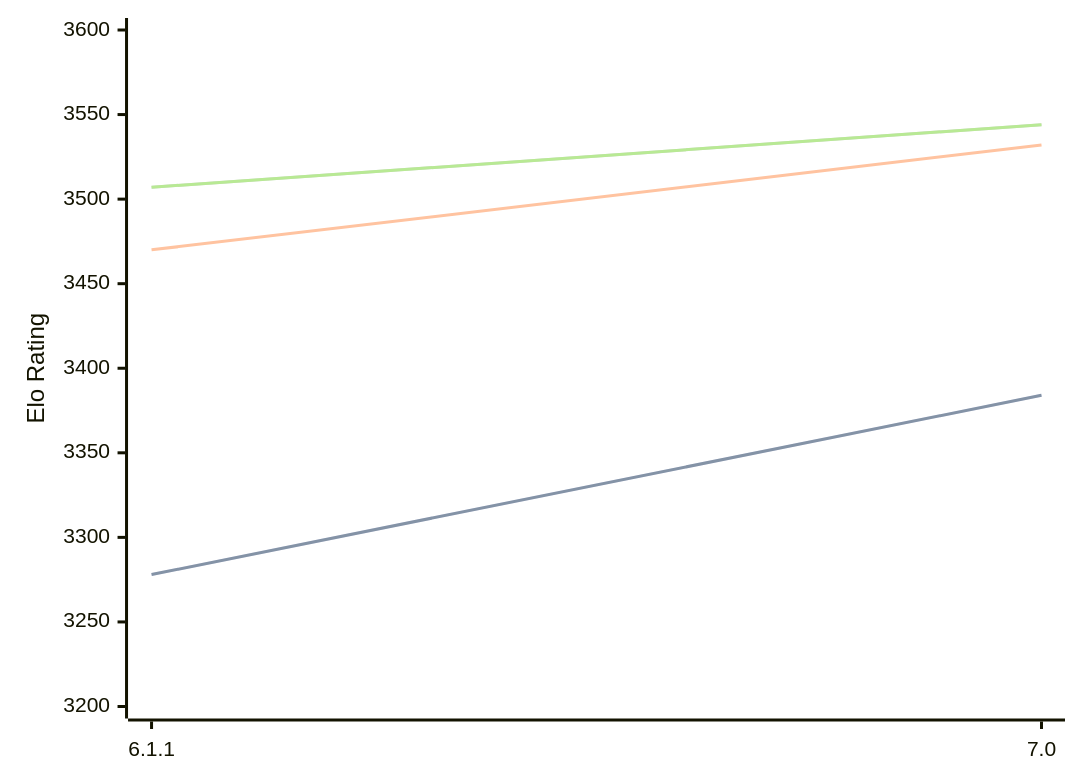
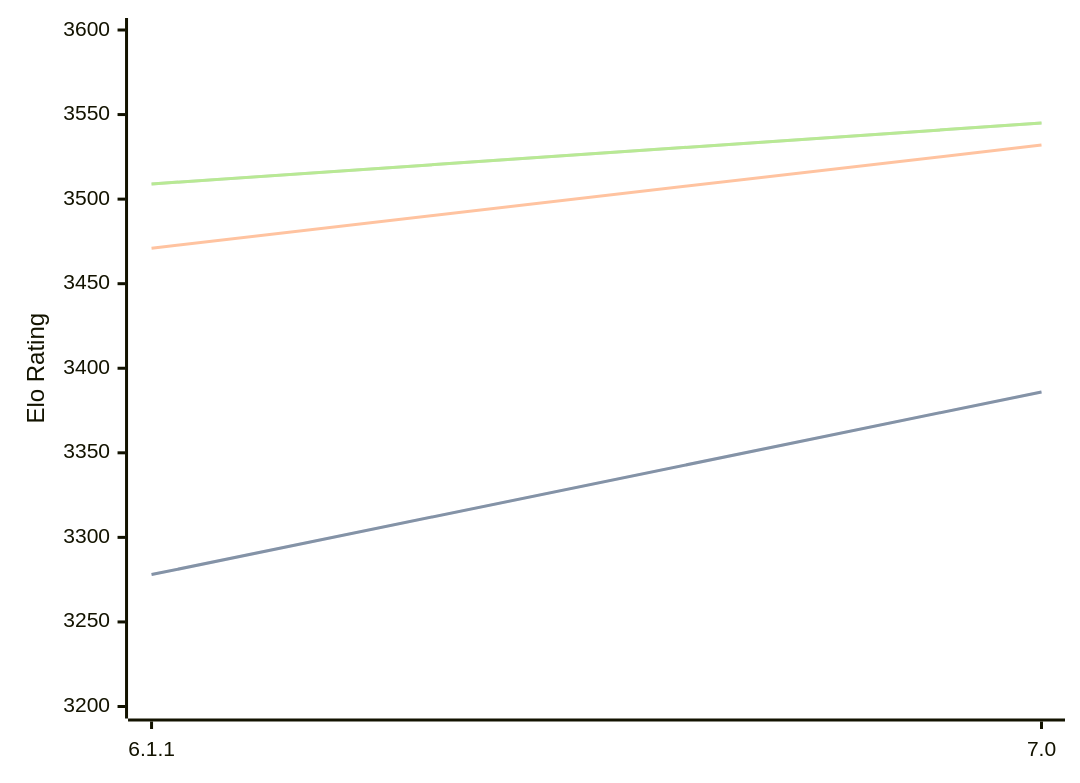
The diagram in engines/Astra.md (computer-chess-index/cci), drawn with Mermaid before and after one commit. The commit also changed other lines of this file, not shown here.

Commit message:
Update CCI Ratings (ELO VLTC) - 2026-08-21

````diff
--- a/engines/Astra.md
+++ b/engines/Astra.md
@@ -32,11 +32,11 @@
 ```mermaid
 %%{init: {"theme":"base","themeVariables":{"seriesColors:['#a3a3a3','#222221','#faa371']}}}%%
 xychart-beta
   x-axis ["6.1.1", "7.0"]
   y-axis "Elo Rating" 3200 --> 3600
-  line "STC (8.0+0.08s)" [3278, 3384]
-  line "STC (8.0+0.08s)" [3278, 3384]
-  line "LTC (60.0+0.60s)" [3470, 3532]
-  line "VLTC (2m24s+1.12s)" [3507, 3544]
-  line "VLTC (2m24s+1.12s)" [3507, 3544]
+  line "STC (8.0+0.08s)" [3278, 3386]
+  line "STC (8.0+0.08s)" [3278, 3386]
+  line "LTC (60.0+0.60s)" [3471, 3532]
+  line "VLTC (2m24s+1.12s)" [3509, 3545]
+  line "VLTC (2m24s+1.12s)" [3509, 3545]
 ```
````
